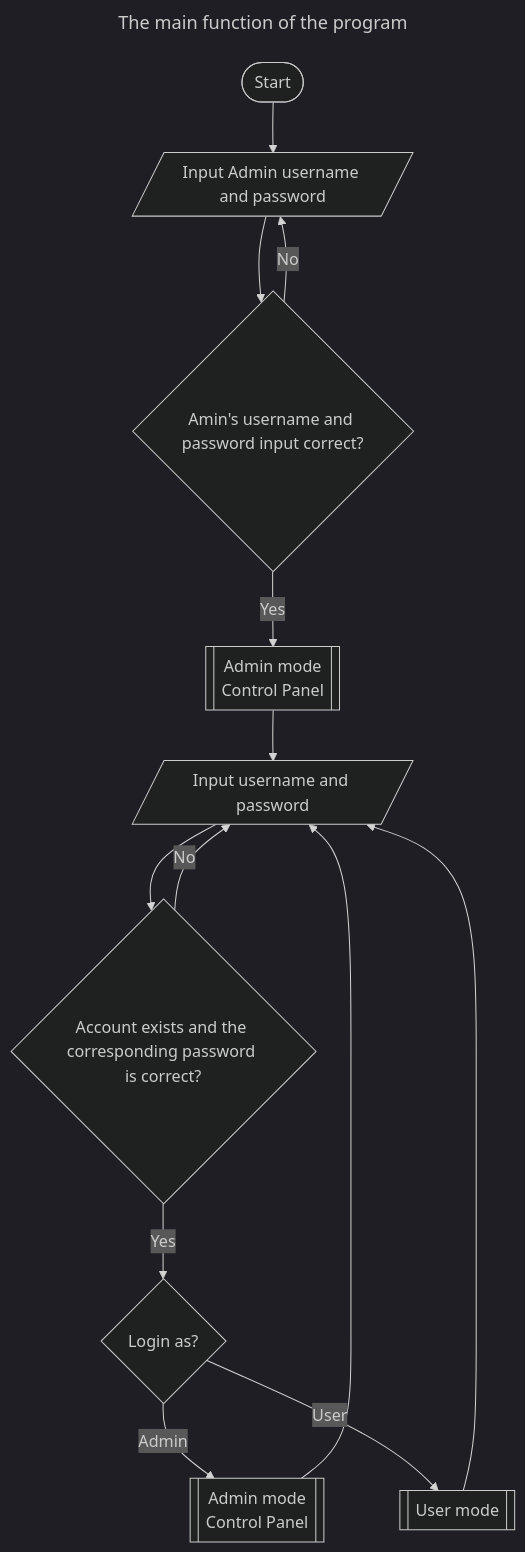
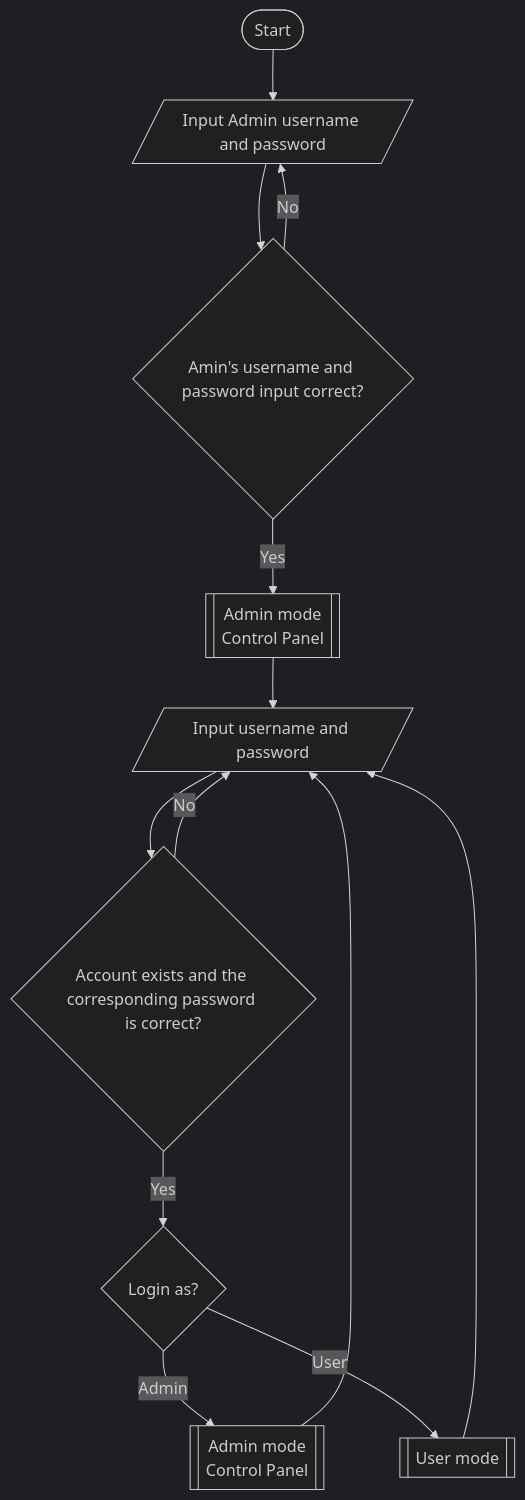
Before and after one commit to Joeccp/SBA: the second of 2 diagrams in REPORT.md, drawn with Mermaid (dark theme). The commit also changed other lines of this file, not shown here.

Commit message:
Remove titles of the two mermaid graph

```diff
--- a/REPORT.md
+++ b/REPORT.md
@@ -38,30 +35,27 @@
 <pre class="mermaid">
----
-title: The main function of the program
----
 flowchart TD
     start([Start])
     ipt1[/Input Admin username and password/]
     check1{Amin's username and password input correct?}
     admin1[["Admin mode
     Control Panel"]]
     ipt2[/Input username and password/]
     check2{Account exists and the corresponding password is correct?}
     check3{Login as?}
     admin2[["Admin mode
     Control Panel"]]
     user[[User mode]]
 
     start --> ipt1
     ipt1 --> check1
     check1 -- Yes --> admin1
     check1 -- No --> ipt1
     admin1 --> ipt2
     ipt2 --> check2
     check2 -- Yes --> check3
     check2 -- No --> ipt2
     check3 -- Admin --> admin2
     check3 -- User --> user
     admin2 --> ipt2
     user --> ipt2
 </pre>
```
